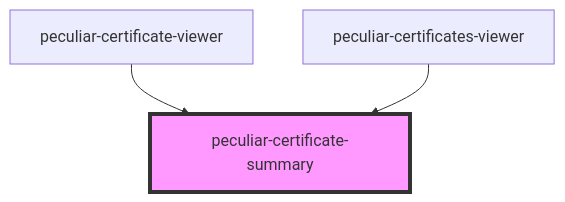
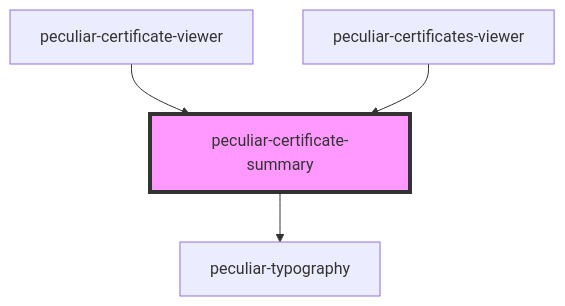
Before and after one commit to PeculiarVentures/pv-certificates-viewer: the diagram in src/components/certificate-summary/readme.md, drawn with Mermaid. The commit also changed other lines of this file and 24 other files, not shown here.

````diff
--- a/src/components/certificate-summary/readme.md
+++ b/src/components/certificate-summary/readme.md
@@ -25,6 +29,7 @@
 ```mermaid
 graph TD;
+  peculiar-certificate-summary --> peculiar-typography
   peculiar-certificate-viewer --> peculiar-certificate-summary
   peculiar-certificates-viewer --> peculiar-certificate-summary
   style peculiar-certificate-summary fill:#f9f,stroke:#333,stroke-width:4px
 ```
````
